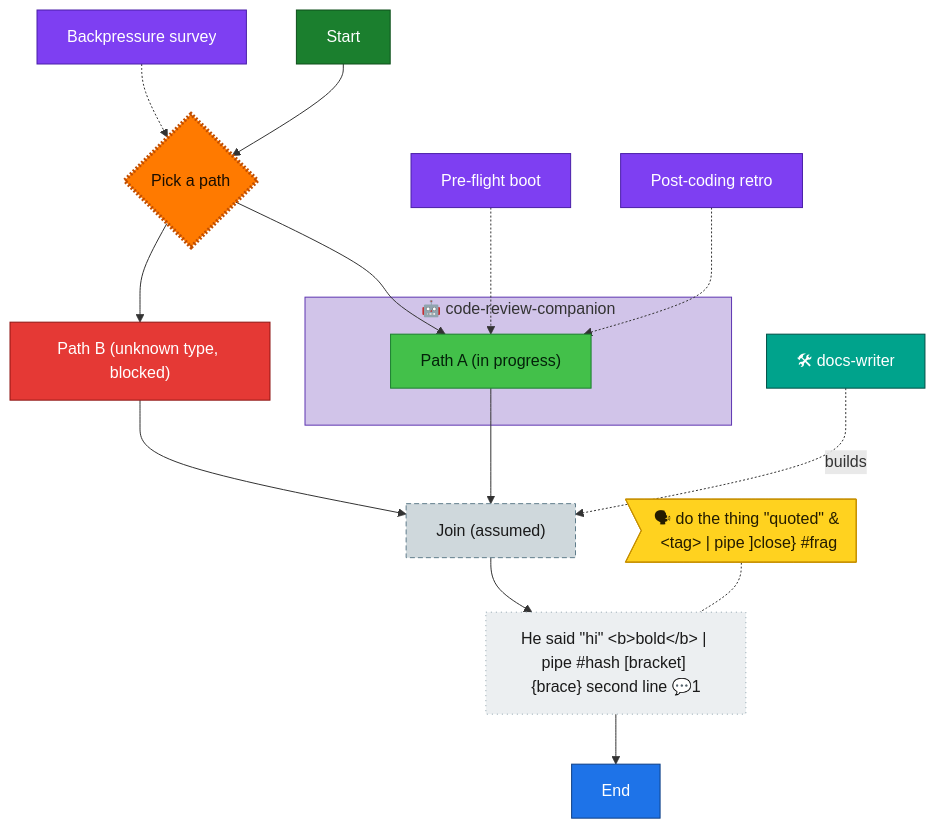
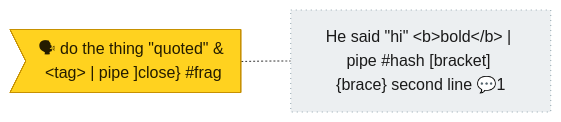
Before and after one commit to AI-Substrate/harness-engineering: the sixth of 7 diagrams in harness/cli/test/services/flow/fixtures/render/kitchen-sink.md, drawn with Mermaid. The commit also changed other lines of this file and 9 other files, not shown here.

First line of the commit message:
feat(flow-render): sectioned layout — kill the diagonal spine skew

````diff
--- a/harness/cli/test/services/flow/fixtures/render/kitchen-sink.md
+++ b/harness/cli/test/services/flow/fixtures/render/kitchen-sink.md
@@ -8,52 +76,8 @@
 ```mermaid
-flowchart TD
-    start["Start"]:::done
-    dec{"Pick a path"}:::decision
-    a["Path A (in progress)"]:::wip
-    b["Path B (unknown type, blocked)"]:::blocked
-    join["Join (assumed)"]:::assumed
+flowchart LR
     adv["He said #quot;hi#quot; #lt;b#gt;bold#lt;/b#gt; #124; pipe #35;hash #91;bracket#93; #123;brace#125; second line 💬1"]:::unknown
-    end_["End"]:::known
-
-    start --> dec
-    dec --> a
-    dec --> b
-    a --> join
-    b --> join
-    join --> adv
-    adv --> end_
-
-    bp["Backpressure survey"]:::harness
-    boot["Pre-flight boot"]:::harness
-    retro["Post-coding retro"]:::harness
-    bp -.-> dec
-    boot -.-> a
-    retro -.-> a
-
     say_adv>"🗣 do the thing #quot;quoted#quot; & #lt;tag#gt; #124; pipe #93;close#125; #35;frag"]:::said
     say_adv -.- adv
-
-    subgraph cmp_code_review_companion["🤖 code-review-companion"]
-      a
-    end
-    style cmp_code_review_companion fill:#D1C4E9,stroke:#5E35B1
-    wrk_docs_writer["🛠 docs-writer"]:::worker
-    wrk_docs_writer -. builds .-> join
-
-    classDef done fill:#1B7F2E,stroke:#0F4F1B,color:#fff;
-    classDef wip fill:#43C04A,stroke:#1B7F2E,color:#04210A;
-    classDef blocked fill:#E53935,stroke:#8E1513,color:#fff;
-    classDef known fill:#1E73E8,stroke:#0D3F86,color:#fff;
-    classDef assumed fill:#CFD8DC,stroke:#607D8B,color:#1a1a1a,stroke-dasharray:5 3;
     classDef said fill:#FFD21F,stroke:#C79100,color:#241c00;
-    classDef harness fill:#7E3FF2,stroke:#4A1FA8,color:#fff;
-    classDef harnessFaded fill:#D6CBEC,stroke:#A892D4,color:#5B4E78;
-    classDef decision fill:#FF8F00,stroke:#B25E00,color:#1a1100,stroke-dasharray:2 2;
-    classDef companion fill:#AB2FCB,stroke:#6A1480,color:#fff;
-    classDef worker fill:#00A38C,stroke:#005046,color:#fff;
     classDef unknown fill:#ECEFF1,stroke:#90A4AE,color:#1a1a1a,stroke-dasharray:1 4;
-    classDef impOptional stroke-dasharray:2 3;
-    classDef impStrong stroke-width:3px;
-    classDef current fill:#FF7A00,stroke:#C24E00,color:#1a0e00,stroke-width:4px;
-    class dec current;
 ```
````
